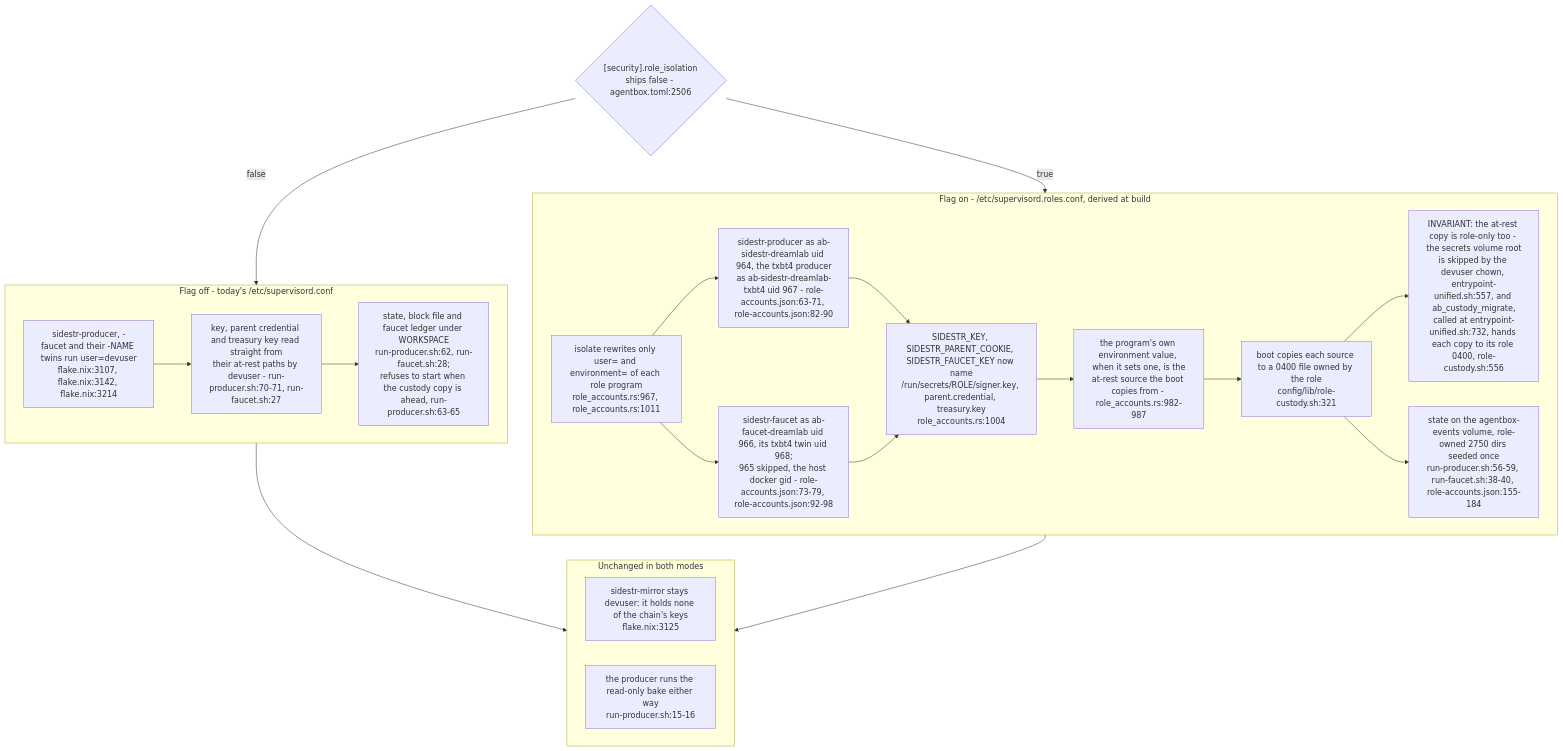
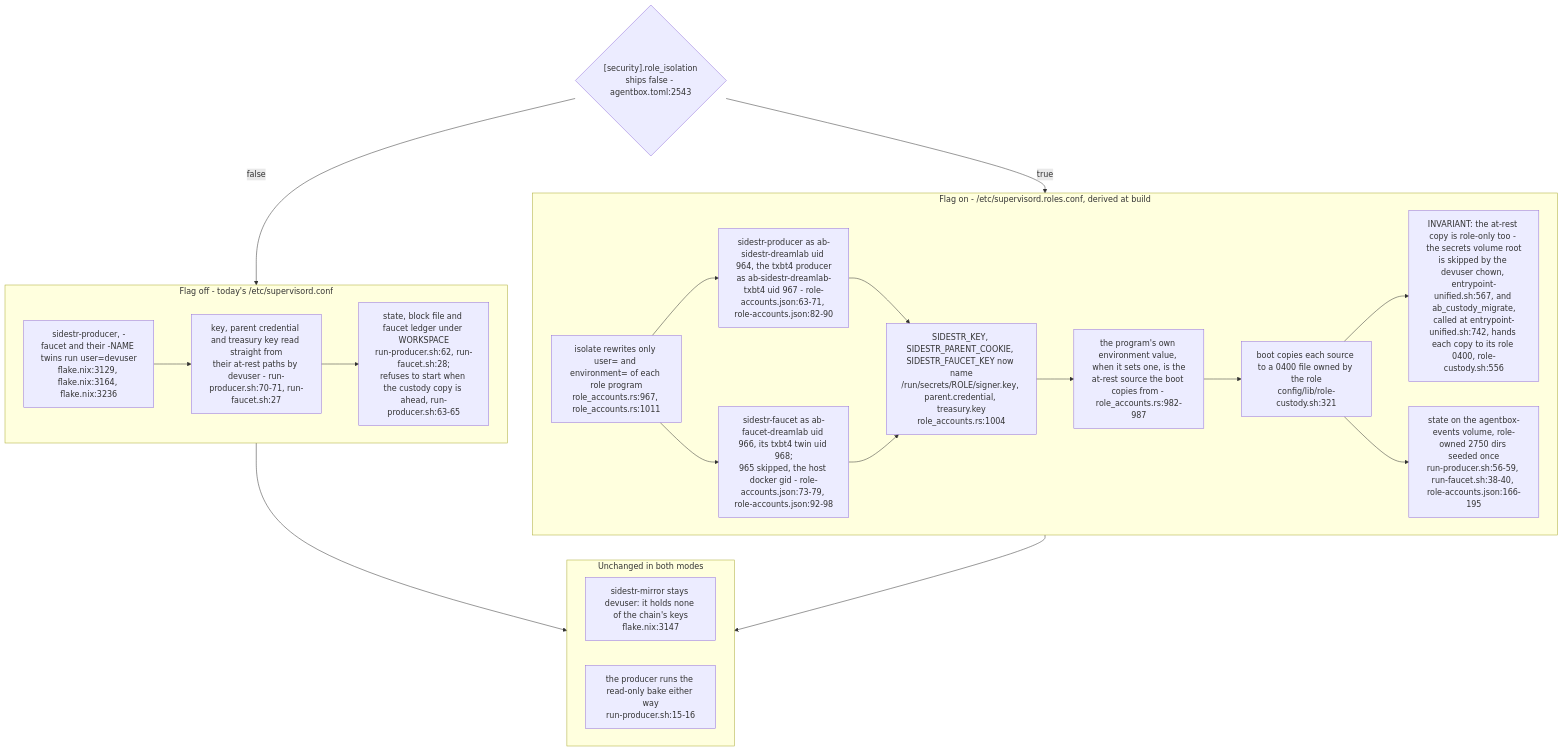
Before and after one commit to DreamLab-AI/VisionFlow: the sixth of 6 diagrams in docs/diagrams/agentbox/34-sidestr-interim-producer-and-mirror.md, drawn with Mermaid. The commit also changed other lines of this file and 173 other files, not shown here.

````diff
--- a/docs/diagrams/agentbox/34-sidestr-interim-producer-and-mirror.md
+++ b/docs/diagrams/agentbox/34-sidestr-interim-producer-and-mirror.md
@@ -251,33 +252,33 @@
 ```mermaid
 flowchart TB
-    FLAG{"[security].role_isolation<br/>ships false - agentbox.toml:2506"}
+    FLAG{"[security].role_isolation<br/>ships false - agentbox.toml:2543"}
     subgraph off["Flag off - today's /etc/supervisord.conf"]
-        O1["sidestr-producer, -faucet and their -NAME twins run user=devuser<br/>flake.nix:3107, flake.nix:3142, flake.nix:3214"]
+        O1["sidestr-producer, -faucet and their -NAME twins run user=devuser<br/>flake.nix:3129, flake.nix:3164, flake.nix:3236"]
         O2["key, parent credential and treasury key read straight from<br/>their at-rest paths by devuser - run-producer.sh:70-71, run-faucet.sh:27"]
         O3["state, block file and faucet ledger under WORKSPACE<br/>run-producer.sh:62, run-faucet.sh:28;<br/>refuses to start when the custody copy is ahead, run-producer.sh:63-65"]
         O1 --> O2 --> O3
     end
     subgraph on["Flag on - /etc/supervisord.roles.conf, derived at build"]
         R1["isolate rewrites only user= and environment= of each role program<br/>role_accounts.rs:967, role_accounts.rs:1011"]
         R2["sidestr-producer as ab-sidestr-dreamlab uid 964, the txbt4 producer<br/>as ab-sidestr-dreamlab-txbt4 uid 967 - role-accounts.json:63-71, role-accounts.json:82-90"]
         R3["sidestr-faucet as ab-faucet-dreamlab uid 966, its txbt4 twin uid 968;<br/>965 skipped, the host docker gid - role-accounts.json:73-79, role-accounts.json:92-98"]
         R4["SIDESTR_KEY, SIDESTR_PARENT_COOKIE, SIDESTR_FAUCET_KEY now name<br/>/run/secrets/ROLE/signer.key, parent.credential, treasury.key<br/>role_accounts.rs:1004"]
         R5["the program's own environment value, when it sets one, is the<br/>at-rest source the boot copies from - role_accounts.rs:982-987"]
         R6["boot copies each source to a 0400 file owned by the role<br/>config/lib/role-custody.sh:321"]
-        R7["INVARIANT: the at-rest copy is role-only too - the secrets volume root<br/>is skipped by the devuser chown, entrypoint-unified.sh:557, and ab_custody_migrate,<br/>called at entrypoint-unified.sh:732, hands each copy to its role 0400, role-custody.sh:556"]
-        R8["state on the agentbox-events volume, role-owned 2750 dirs seeded once<br/>run-producer.sh:56-59, run-faucet.sh:38-40, role-accounts.json:155-184"]
+        R7["INVARIANT: the at-rest copy is role-only too - the secrets volume root<br/>is skipped by the devuser chown, entrypoint-unified.sh:567, and ab_custody_migrate,<br/>called at entrypoint-unified.sh:742, hands each copy to its role 0400, role-custody.sh:556"]
+        R8["state on the agentbox-events volume, role-owned 2750 dirs seeded once<br/>run-producer.sh:56-59, run-faucet.sh:38-40, role-accounts.json:166-195"]
         R6 --> R7
         R6 --> R8
         R1 --> R2 --> R4
         R1 --> R3 --> R4
         R4 --> R5 --> R6
     end
     subgraph same["Unchanged in both modes"]
-        U1["sidestr-mirror stays devuser: it holds none of the chain's keys<br/>flake.nix:3125"]
+        U1["sidestr-mirror stays devuser: it holds none of the chain's keys<br/>flake.nix:3147"]
         U2["the producer runs the read-only bake either way<br/>run-producer.sh:15-16"]
     end
     FLAG -->|false| off
     FLAG -->|true| on
     off --> same
     on --> same
 ```
````
